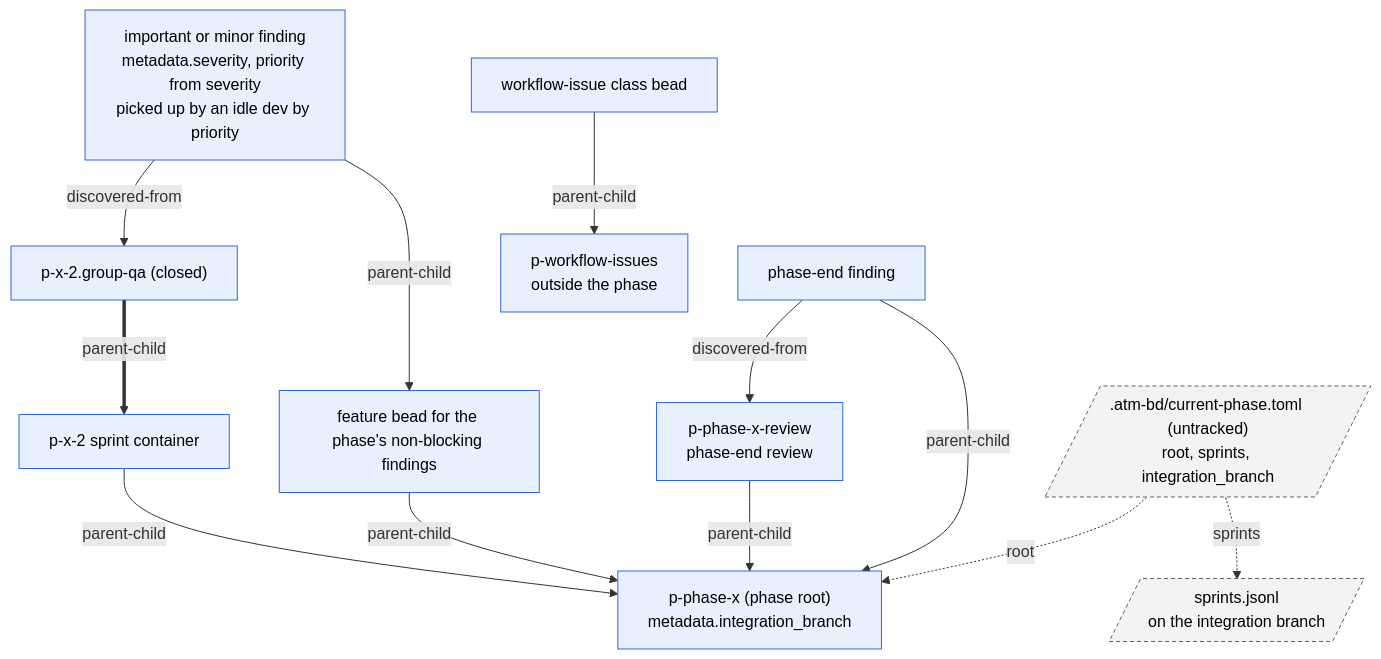
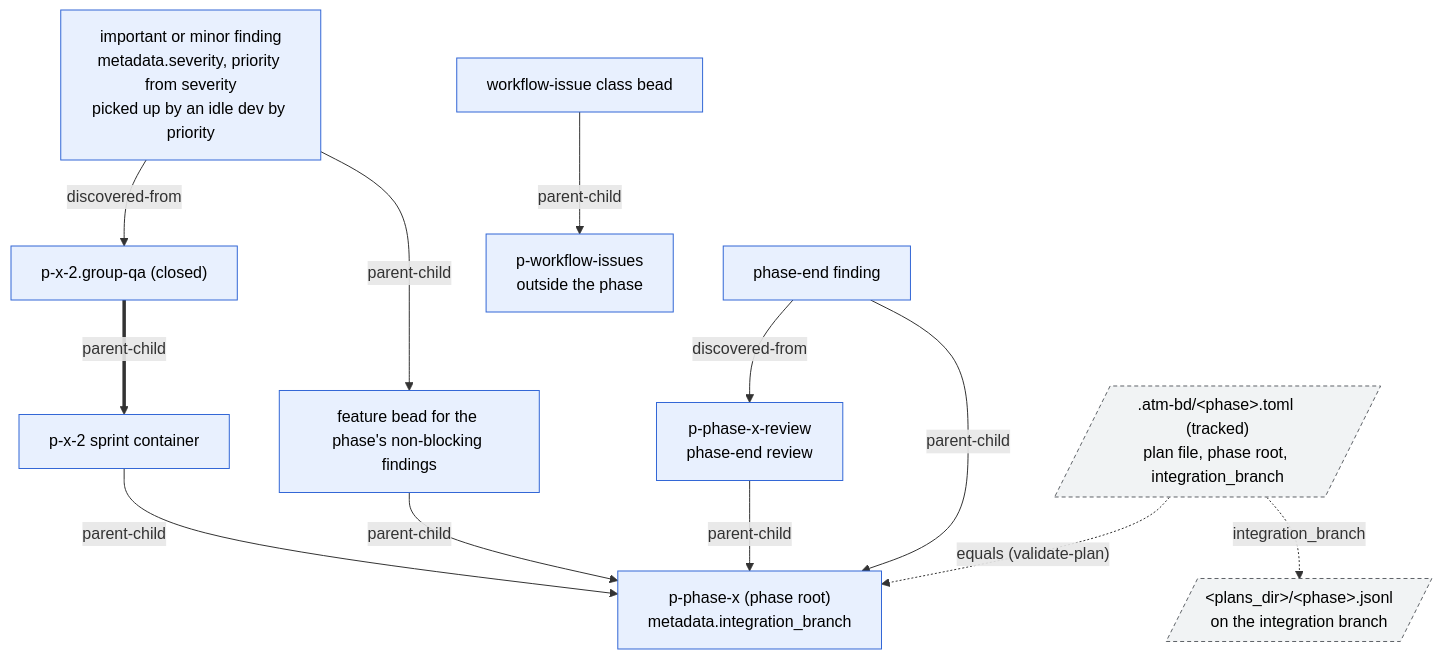
Before and after one commit to randlee/atm-bd-orchestration: the second of 2 diagrams in docs/diagrams/phase.md, drawn with Mermaid. The commit also changed other lines of this file and 4 other files, not shown here.

Commit message:
docs(diagrams): match the top of the stack

````diff
--- a/docs/diagrams/phase.md
+++ b/docs/diagrams/phase.md
@@ -68,30 +62,30 @@
 ```mermaid
 flowchart TB
   classDef tmpl fill:#e8f0fe,stroke:#3367d6,color:#000
   classDef file fill:#f1f3f4,stroke:#5f6368,stroke-dasharray:4 3,color:#000
 
   ROOT["p-phase-x (phase root)<br/>metadata.integration_branch"]:::tmpl
   SPR["p-x-2 sprint container"]:::tmpl
   QA["p-x-2.group-qa (closed)"]:::tmpl
   FEAT["feature bead for the phase's non-blocking findings"]:::tmpl
   IMP["important or minor finding<br/>metadata.severity, priority from severity<br/>picked up by an idle dev by priority"]:::tmpl
   REV["p-phase-x-review<br/>phase-end review"]:::tmpl
   RF["phase-end finding"]:::tmpl
   WFR["p-workflow-issues<br/>outside the phase"]:::tmpl
   WF["workflow-issue class bead"]:::tmpl
-  TOML[/".atm-bd/current-phase.toml (untracked)<br/>root, sprints, integration_branch"/]:::file
-  SJ[/"sprints.jsonl<br/>on the integration branch"/]:::file
+  TOML[/".atm-bd/#lt;phase#gt;.toml (tracked)<br/>plan file, phase root, integration_branch"/]:::file
+  SJ[/"#lt;plans_dir#gt;/#lt;phase#gt;.jsonl<br/>on the integration branch"/]:::file
 
   SPR -->|parent-child| ROOT
   QA ==>|parent-child| SPR
   FEAT -->|parent-child| ROOT
   IMP -->|parent-child| FEAT
   IMP -->|discovered-from| QA
   REV -->|parent-child| ROOT
   RF -->|parent-child| ROOT
   RF -->|discovered-from| REV
   WF -->|parent-child| WFR
 
-  TOML -. "root" .-> ROOT
-  TOML -. "sprints" .-> SJ
+  TOML -. "equals (validate-plan)" .-> ROOT
+  TOML -. "integration_branch" .-> SJ
 ```
````
